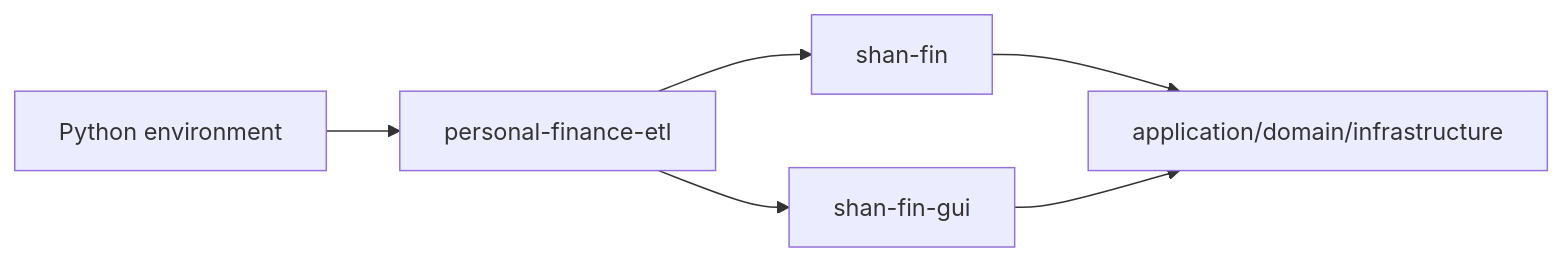
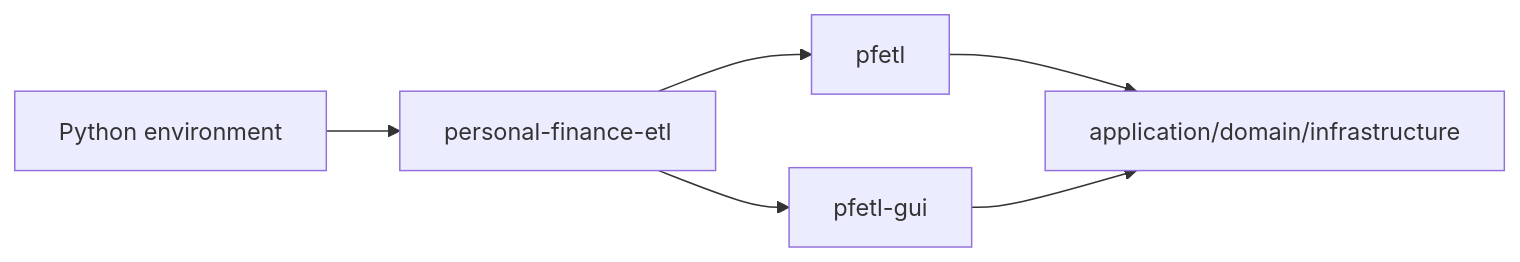
Before and after one commit to tks18/personal-finance-etl: the diagram in docs/getting-started/installation.md, drawn with Mermaid. The commit also changed other lines of this file and 9 other files, not shown here.

Commit message:
docs(diagnostics): update cli docs and roadmap for phase 045 to 050

````diff
--- a/docs/getting-started/installation.md
+++ b/docs/getting-started/installation.md
@@ -28,13 +28,13 @@
 ```mermaid
 flowchart LR
     PY["Python environment"]
     PKG["personal-finance-etl"]
-    CLI["shan-fin"]
-    GUI["shan-fin-gui"]
+    CLI["pfetl"]
+    GUI["pfetl-gui"]
     CORE["application/domain/infrastructure"]
 
     PY --> PKG --> CLI
     PKG --> GUI
     CLI --> CORE
     GUI --> CORE
 ```
````
